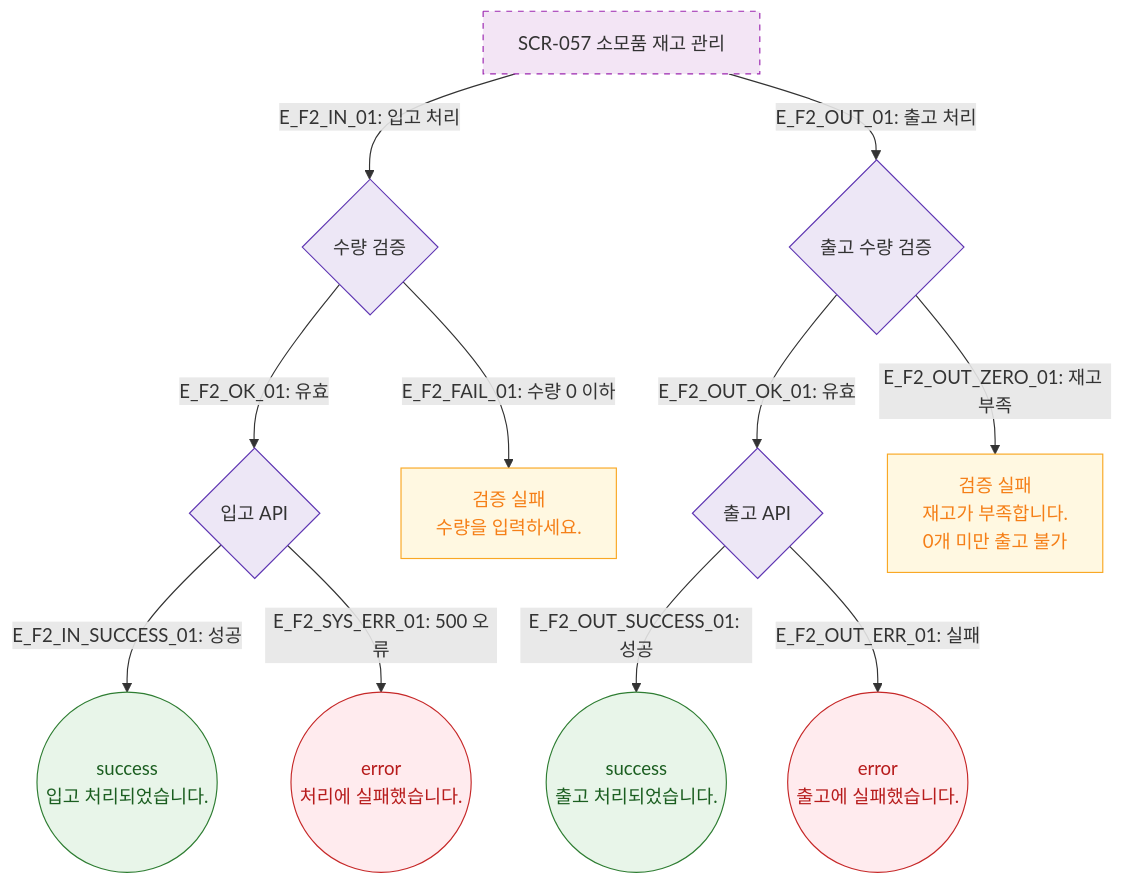
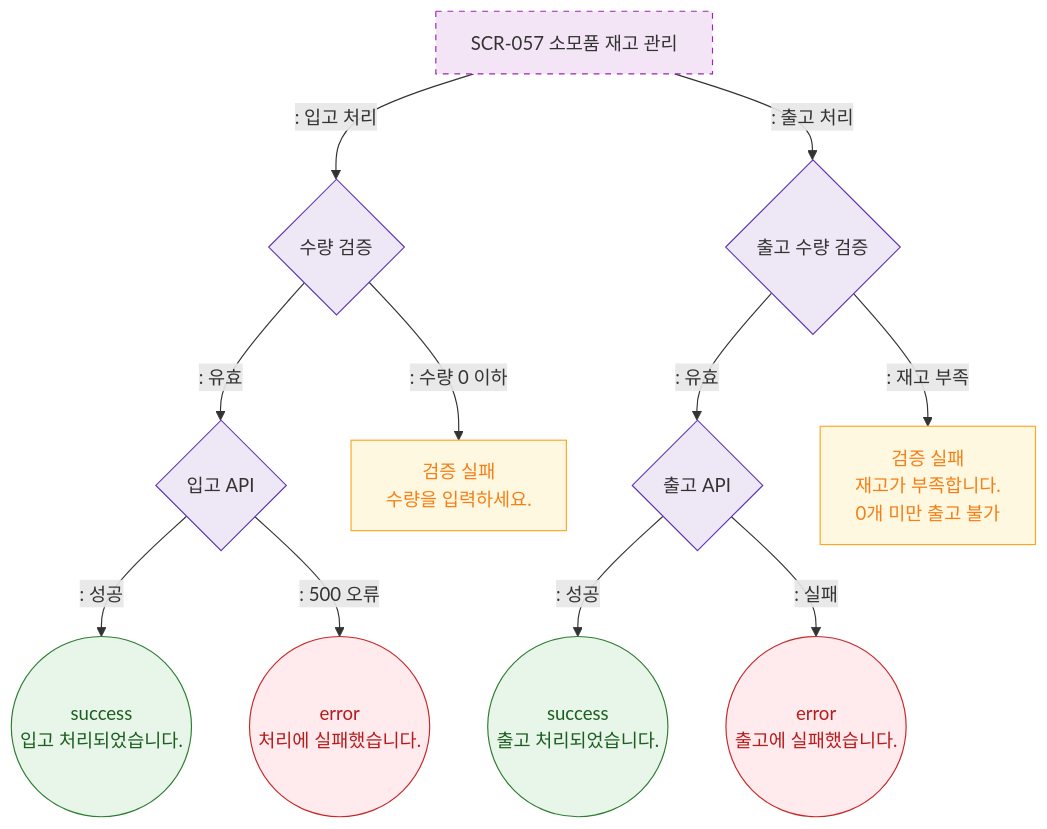
The diagram in docs/다이어그램/D06_시설관리/SCR-057_소모품재고관리/F2_메인.md (dev-spogym/admin-pando), drawn with Mermaid before and after one commit. The commit also changed other lines of this file and 1660 other files, not shown here.

First line of the commit message:
다이어그램: 기획자/클라이언트 납품본으로 정리

````diff
--- a/docs/다이어그램/D06_시설관리/SCR-057_소모품재고관리/F2_메인.md
+++ b/docs/다이어그램/D06_시설관리/SCR-057_소모품재고관리/F2_메인.md
@@ -16,28 +14,28 @@
 ```mermaid
 flowchart TD
     SCR_057[SCR-057 소모품 재고 관리]
 
-    SCR_057 -->|"E_F2_IN_01: 입고 처리"| Validate{수량 검증}
+    SCR_057 -->|": 입고 처리"|Validate{수량 검증}
 
-    Validate -->|"E_F2_OK_01: 유효"| InAPI{입고 API}
-    Validate -->|"E_F2_FAIL_01: 수량 0 이하"| ValidationFail[검증 실패\n수량을 입력하세요.]
-    InAPI -->|"E_F2_IN_SUCCESS_01: 성공"| InSuccess((success\n입고 처리되었습니다.))
-    InAPI -->|"E_F2_SYS_ERR_01: 500 오류"| SysErr((error\n처리에 실패했습니다.))
+    Validate -->|": 유효"|InAPI{입고 API}
+    Validate -->|": 수량 0 이하"|ValidationFail[검증 실패\n수량을 입력하세요.]
+    InAPI -->|": 성공"|InSuccess((success\n입고 처리되었습니다.))
+    InAPI -->|": 500 오류"|SysErr((error\n처리에 실패했습니다.))
 
-    SCR_057 -->|"E_F2_OUT_01: 출고 처리"| OutValidate{출고 수량 검증}
-    OutValidate -->|"E_F2_OUT_OK_01: 유효"| OutAPI{출고 API}
-    OutValidate -->|"E_F2_OUT_ZERO_01: 재고 부족"| OutFail[검증 실패\n재고가 부족합니다.\n0개 미만 출고 불가]
-    OutAPI -->|"E_F2_OUT_SUCCESS_01: 성공"| OutSuccess((success\n출고 처리되었습니다.))
-    OutAPI -->|"E_F2_OUT_ERR_01: 실패"| OutErr((error\n출고에 실패했습니다.))
+    SCR_057 -->|": 출고 처리"|OutValidate{출고 수량 검증}
+    OutValidate -->|": 유효"|OutAPI{출고 API}
+    OutValidate -->|": 재고 부족"|OutFail[검증 실패\n재고가 부족합니다.\n0개 미만 출고 불가]
+    OutAPI -->|": 성공"|OutSuccess((success\n출고 처리되었습니다.))
+    OutAPI -->|": 실패"|OutErr((error\n출고에 실패했습니다.))
 
     classDef newFeature fill:#F3E5F5,stroke:#9C27B0,stroke-dasharray:5 5
     classDef success fill:#E8F5E9,stroke:#2E7D32,color:#1B5E20
     classDef error fill:#FFEBEE,stroke:#C62828,color:#B71C1C
     classDef warning fill:#FFF8E1,stroke:#F9A825,color:#F57F17
     classDef system fill:#EDE7F6,stroke:#5E35B2
     class SCR_057 newFeature
     class InSuccess,OutSuccess success
     class SysErr,OutErr error
     class ValidationFail,OutFail warning
     class Validate,InAPI,OutValidate,OutAPI system
 ```
````
